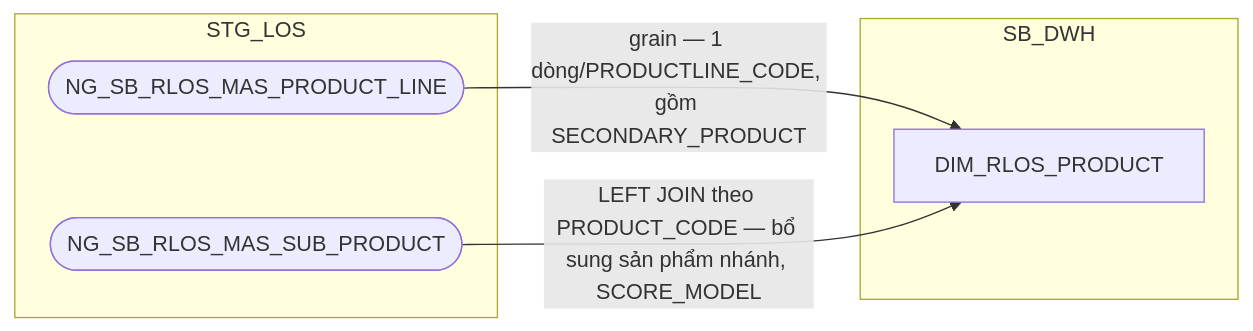
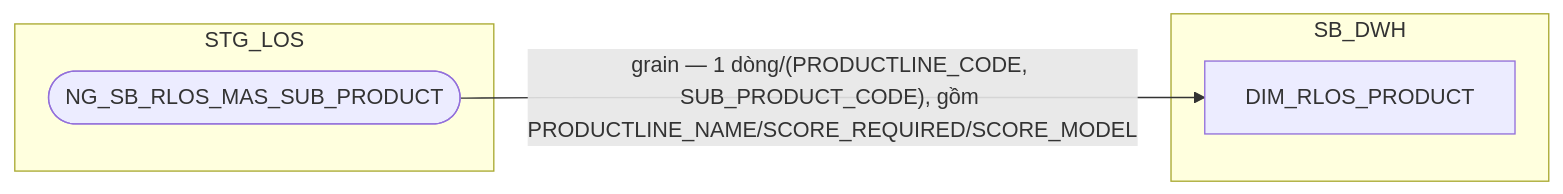
Diagram 13 of 14 in hld/hld_review/HLD_DIM_SB_DWH_review.md (chien1198/sb-mapping-gen), drawn with Mermaid before and after one commit. The commit also changed other lines of this file and 124 other files, not shown here.

````diff
--- a/hld/hld_review/HLD_DIM_SB_DWH_review.md
+++ b/hld/hld_review/HLD_DIM_SB_DWH_review.md
@@ -616,12 +640,10 @@
 ```mermaid
 flowchart LR
     subgraph STG_LOS
-        A(["NG_SB_RLOS_MAS_PRODUCT_LINE"])
         B(["NG_SB_RLOS_MAS_SUB_PRODUCT"])
     end
     subgraph SB_DWH
         C["DIM_RLOS_PRODUCT"]
     end
-    A -->|"grain — 1 dòng/PRODUCTLINE_CODE, gồm SECONDARY_PRODUCT"| C
-    B -->|"LEFT JOIN theo PRODUCT_CODE — bổ sung sản phẩm nhánh, SCORE_MODEL"| C
+    B -->|"grain — 1 dòng/(PRODUCTLINE_CODE, SUB_PRODUCT_CODE), gồm PRODUCTLINE_NAME/SCORE_REQUIRED/SCORE_MODEL"| C
 ```
````
